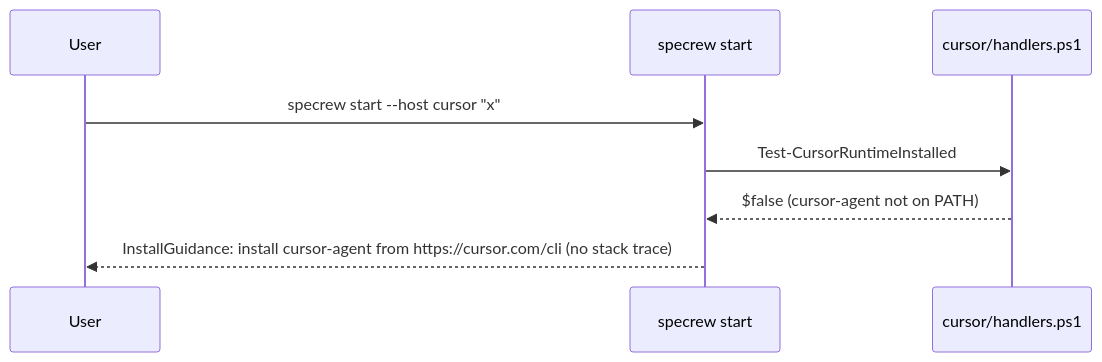
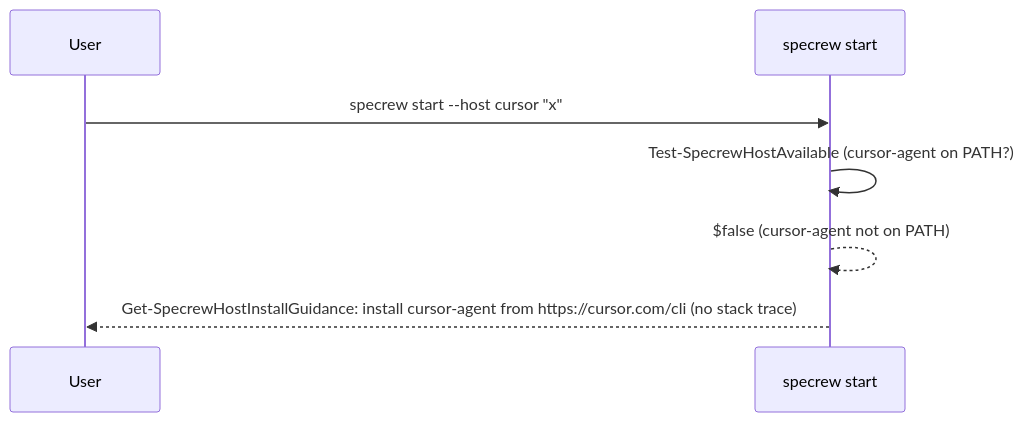
Before and after one commit to alonf/specrew: the third of 3 diagrams in specs/050-cursor-host-support/review-diagrams.md, drawn with Mermaid. The commit also changed other lines of this file and 9 other files, not shown here.

````diff
--- a/specs/050-cursor-host-support/review-diagrams.md
+++ b/specs/050-cursor-host-support/review-diagrams.md
@@ -48,11 +50,10 @@
 ```mermaid
 sequenceDiagram
   participant User
   participant Specrew as specrew start
-  participant Handlers as cursor/handlers.ps1
 
   User->>Specrew: specrew start --host cursor "x"
-  Specrew->>Handlers: Test-CursorRuntimeInstalled
-  Handlers-->>Specrew: $false (cursor-agent not on PATH)
-  Specrew-->>User: InstallGuidance: install cursor-agent from https://cursor.com/cli (no stack trace)
+  Specrew->>Specrew: Test-SpecrewHostAvailable (cursor-agent on PATH?)
+  Specrew-->>Specrew: $false (cursor-agent not on PATH)
+  Specrew-->>User: Get-SpecrewHostInstallGuidance: install cursor-agent from https://cursor.com/cli (no stack trace)
 ```
````
